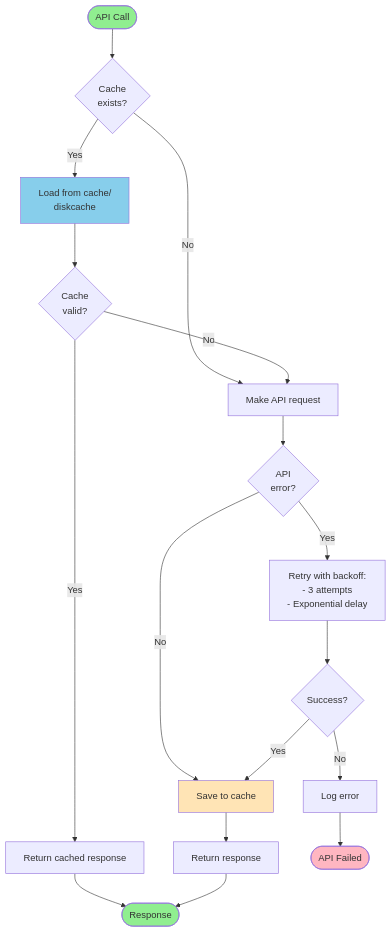
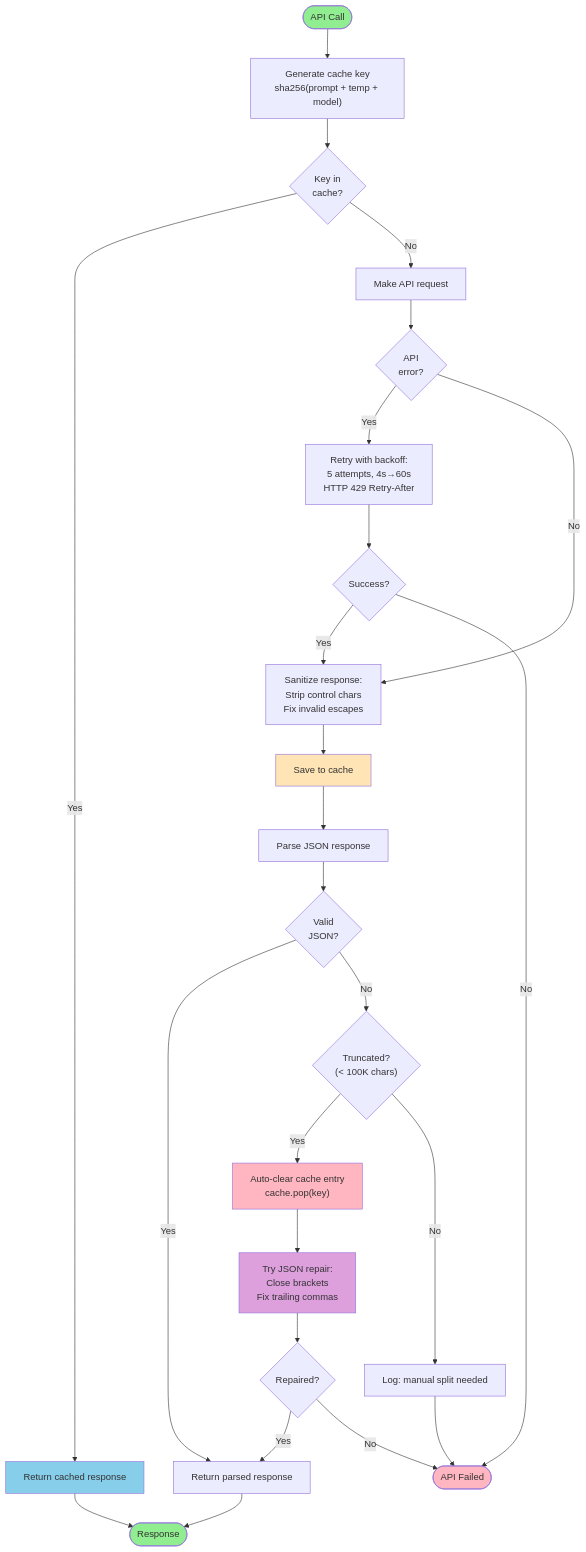
Before and after one commit to elasticfusion/SecondWorldWarAsData: the ninth of 12 diagrams in docs/current/core/WORKFLOW_DIAGRAMS.md, drawn with Mermaid. The commit also changed other lines of this file and 19 other files, not shown here.

````diff
--- a/docs/current/core/WORKFLOW_DIAGRAMS.md
+++ b/docs/current/core/WORKFLOW_DIAGRAMS.md
@@ -337,29 +383,43 @@
 ```mermaid
 flowchart TD
-    Start([API Call]) --> CheckCache{Cache<br/>exists?}
-    CheckCache -->|Yes| LoadCache[Load from cache/<br/>diskcache]
+    Start([API Call]) --> MakeKey["Generate cache key<br/>sha256(prompt + temp + model)"]
+    MakeKey --> CheckCache{Key in<br/>cache?}
+    CheckCache -->|Yes| ReturnCached[Return cached response]
     CheckCache -->|No| MakeRequest[Make API request]
     
-    LoadCache --> ValidateCache{Cache<br/>valid?}
-    ValidateCache -->|Yes| ReturnCached[Return cached response]
-    ValidateCache -->|No| MakeRequest
-    
     MakeRequest --> CheckError{API<br/>error?}
-    CheckError -->|Yes| Retry[Retry with backoff:<br/>- 3 attempts<br/>- Exponential delay]
-    CheckError -->|No| SaveCache[Save to cache]
+    CheckError -->|Yes| Retry["Retry with backoff:<br/>5 attempts, 4s→60s<br/>HTTP 429 Retry-After"]
+    CheckError -->|No| Sanitize["Sanitize response:<br/>Strip control chars<br/>Fix invalid escapes"]
     
     Retry --> RetrySuccess{Success?}
-    RetrySuccess -->|Yes| SaveCache
-    RetrySuccess -->|No| LogError[Log error]
+    RetrySuccess -->|Yes| Sanitize
+    RetrySuccess -->|No| Fail([API Failed])
     
-    SaveCache --> ReturnResponse[Return response]
+    Sanitize --> SaveCache[Save to cache]
+    SaveCache --> ParseJSON[Parse JSON response]
+    
+    ParseJSON --> ParseOK{Valid<br/>JSON?}
+    ParseOK -->|Yes| ReturnResponse[Return parsed response]
+    ParseOK -->|No| CheckTruncated{"Truncated?<br/>(< 100K chars)"}
+    
+    CheckTruncated -->|Yes| AutoClear["Auto-clear cache entry<br/>cache.pop(key)"]
+    CheckTruncated -->|No| ManualSplit[Log: manual split needed]
+    
+    AutoClear --> RepairJSON["Try JSON repair:<br/>Close brackets<br/>Fix trailing commas"]
+    ManualSplit --> Fail
+    
+    RepairJSON --> Repaired{Repaired?}
+    Repaired -->|Yes| ReturnResponse
+    Repaired -->|No| Fail
+    
     ReturnCached --> End([Response])
     ReturnResponse --> End
-    LogError --> Fail([API Failed])
     
     style Start fill:#90EE90
     style End fill:#90EE90
     style Fail fill:#FFB6C1
-    style LoadCache fill:#87CEEB
+    style ReturnCached fill:#87CEEB
     style SaveCache fill:#FFE4B5
+    style AutoClear fill:#FFB6C1
+    style RepairJSON fill:#DDA0DD
 ```
````
